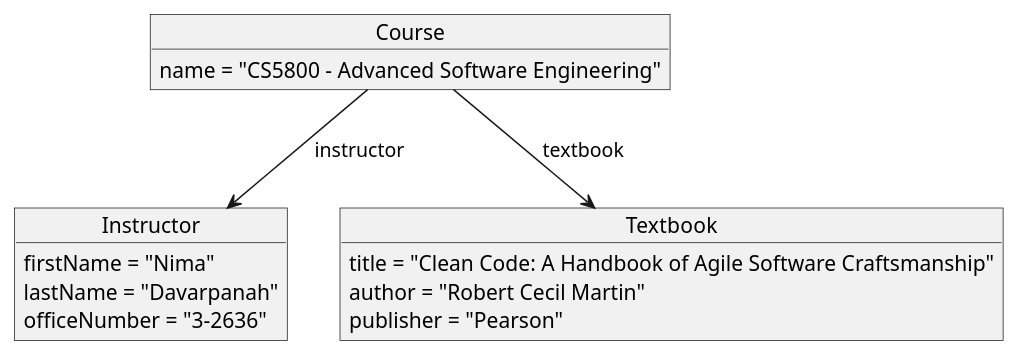
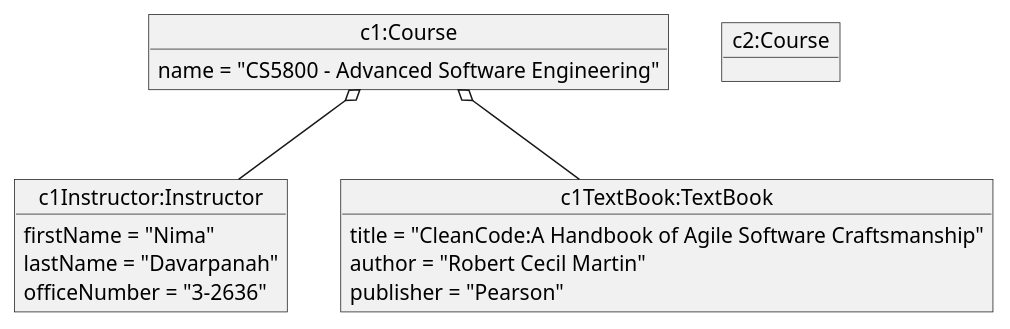
One commit to SubhamCPP/CS5800 changed the diagram in HomeWork03/HomeWork-03/src/Object_Diagram_Part3.puml. Above: the diagram before and after it, drawn with PlantUML. The commit also changed 8 other files, not shown here.

```diff
--- a/HomeWork03/HomeWork-03/src/Object_Diagram_Part3.puml
+++ b/HomeWork03/HomeWork-03/src/Object_Diagram_Part3.puml
@@ -1,22 +1,25 @@
 @startuml
 
-object Instructor {
-  firstName = "Nima"
-  lastName = "Davarpanah"
-  officeNumber = "3-2636"
+object "c1:Course" as c1 {
+    name = "CS5800 - Advanced Software Engineering"
+}
+object "c2:Course" as c2 {
+
 }
 
-object Textbook {
-  title = "Clean Code: A Handbook of Agile Software Craftsmanship"
-  author = "Robert Cecil Martin"
-  publisher = "Pearson"
+object "c1Instructor:Instructor" as c1ins{
+    firstName = "Nima"
+    lastName = "Davarpanah"
+    officeNumber = "3-2636"
 }
 
-object Course {
-  name = "CS5800 - Advanced Software Engineering"
+object "c1TextBook:TextBook" as c1tb{
+    title = "CleanCode:A Handbook of Agile Software Craftsmanship"
+    author = "Robert Cecil Martin"
+    publisher = "Pearson"
 }
 
-Course --> Instructor : instructor
-Course --> Textbook : textbook
+c1 o-- c1ins
+c1 o-- c1tb
 
 @enduml
```
